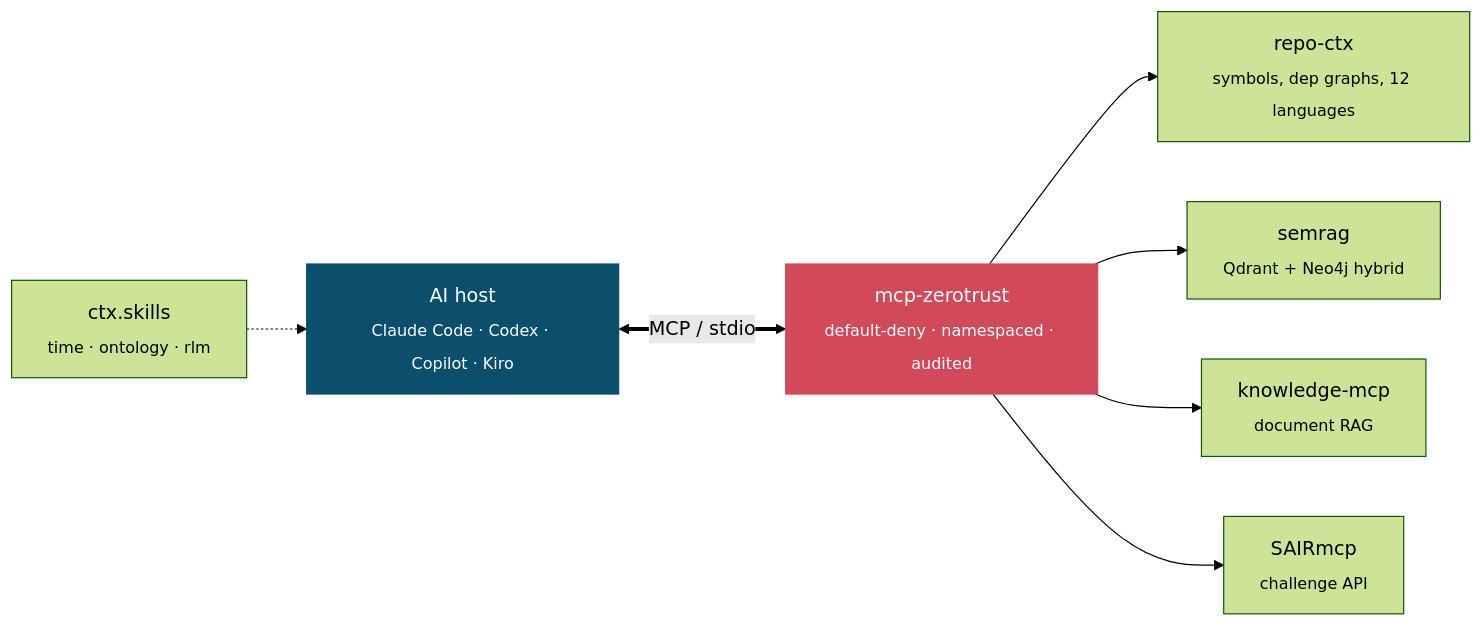
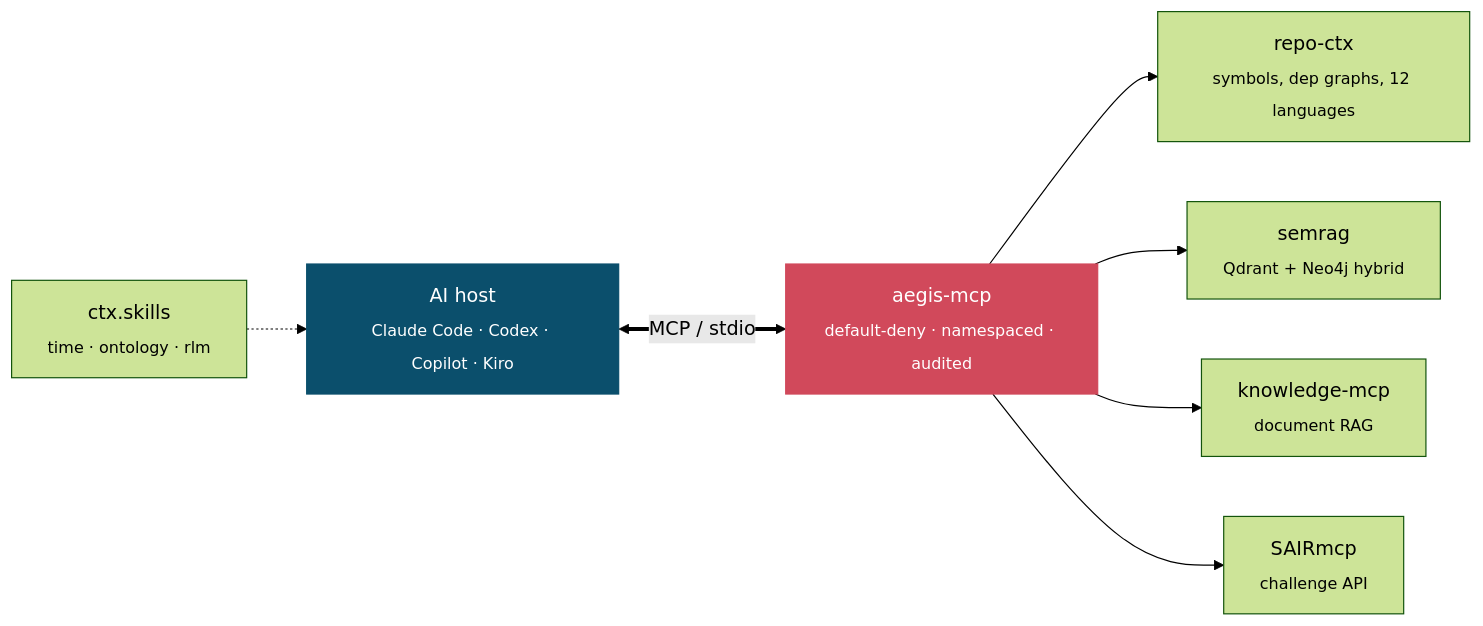
Before and after one commit to osick/osick: the second of 2 diagrams in README.md, drawn with Mermaid (forest theme). The commit also changed other lines of this file, not shown here.

````diff
--- a/README.md
+++ b/README.md
@@ -98,18 +98,18 @@
 ```mermaid
 flowchart LR
     H["AI host<br/><sub>Claude Code · Codex · Copilot · Kiro</sub>"]
     S["ctx.skills<br/><sub>time · ontology · rlm</sub>"]
-    Z["mcp-zerotrust<br/><sub>default-deny · namespaced · audited</sub>"]
+    Z["aegis-mcp<br/><sub>default-deny · namespaced · audited</sub>"]
     R["repo-ctx<br/><sub>symbols, dep graphs, 12 languages</sub>"]
     M["semrag<br/><sub>Qdrant + Neo4j hybrid</sub>"]
     K["knowledge-mcp<br/><sub>document RAG</sub>"]
     Q["SAIRmcp<br/><sub>challenge API</sub>"]
     S -.-> H
     H <==>|"MCP / stdio"| Z
     Z --> R
     Z --> M
     Z --> K
     Z --> Q
     style Z fill:#d1495b,stroke:#d1495b,color:#fff
     style H fill:#0b4f6c,stroke:#0b4f6c,color:#fff
 ```
````
